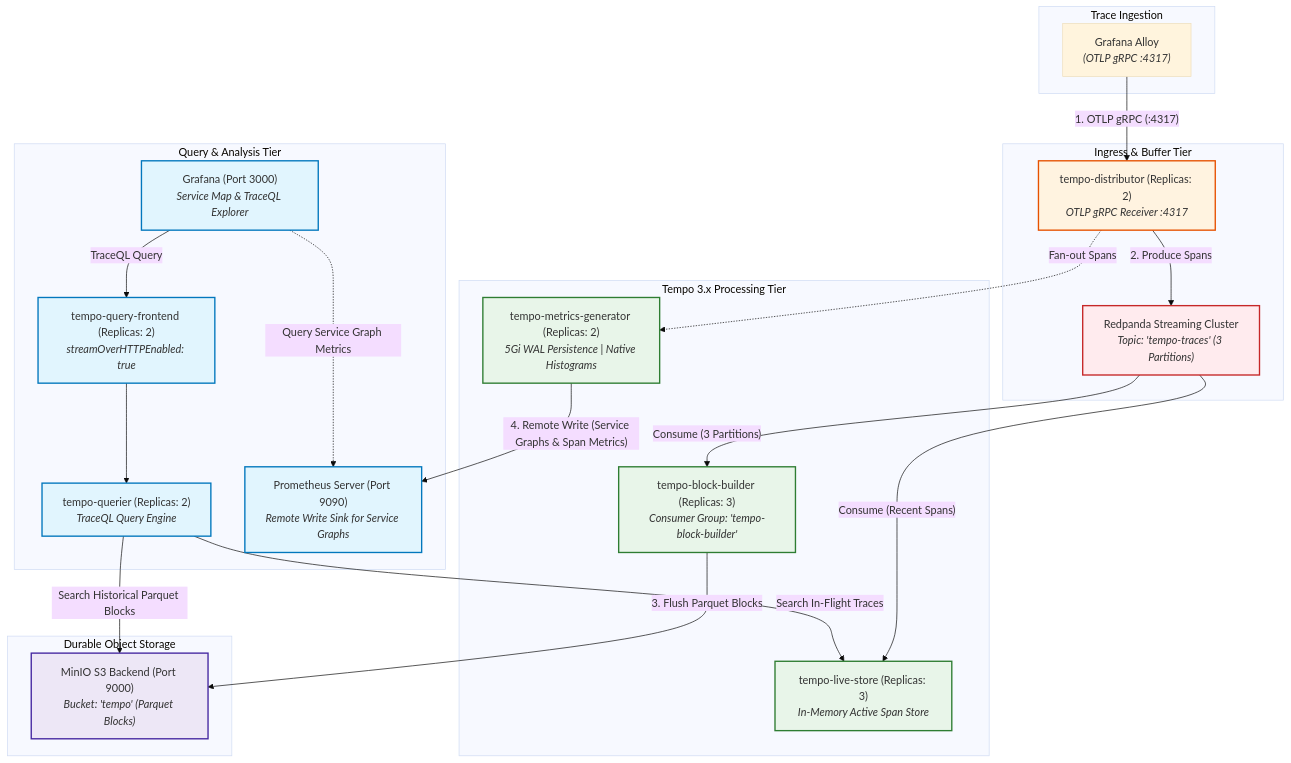
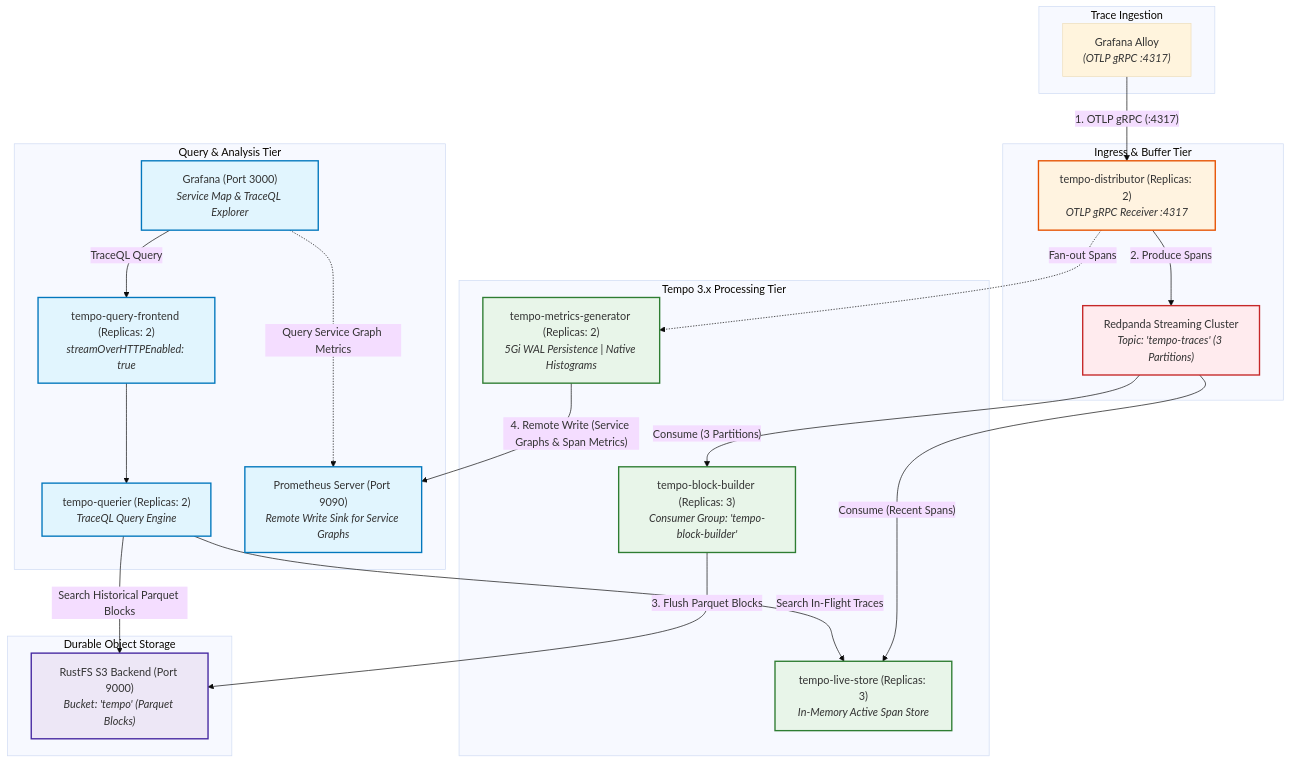
One commit to bwgjoseph/spring-boot-lgtm changed the diagram in ADR/tempo.md. Above: the diagram before and after it, drawn with Mermaid (base theme). The commit also changed other lines of this file and 8 other files, not shown here.

Commit message:
docs: align documentation and verification scripts with RustFS S3 backend and latest Helm chart versions

````diff
--- a/ADR/tempo.md
+++ b/ADR/tempo.md
@@ -20,60 +20,60 @@
 ```mermaid
 flowchart TD
     subgraph IngestionSource ["Trace Ingestion"]
         ALLOY["Grafana Alloy<br/><i>(OTLP gRPC :4317)</i>"]
     end
 
     subgraph TempoIngress ["Ingress & Buffer Tier"]
         DISTRIBUTOR["tempo-distributor (Replicas: 2)<br/><i>OTLP gRPC Receiver :4317</i>"]
         REDPANDA["Redpanda Streaming Cluster<br/><i>Topic: 'tempo-traces' (3 Partitions)</i>"]
     end
 
     subgraph TempoProcessors ["Tempo 3.x Processing Tier"]
         BLOCK_BUILDER["tempo-block-builder (Replicas: 3)<br/><i>Consumer Group: 'tempo-block-builder'</i>"]
         LIVE_STORE["tempo-live-store (Replicas: 3)<br/><i>In-Memory Active Span Store</i>"]
         METRICS_GEN["tempo-metrics-generator (Replicas: 2)<br/><i>5Gi WAL Persistence | Native Histograms</i>"]
     end
 
     subgraph StorageTier ["Durable Object Storage"]
-        MINIO["MinIO S3 Backend (Port 9000)<br/><i>Bucket: 'tempo' (Parquet Blocks)</i>"]
+        RUSTFS["RustFS S3 Backend (Port 9000)<br/><i>Bucket: 'tempo' (Parquet Blocks)</i>"]
     end
 
     subgraph QueryTier ["Query & Analysis Tier"]
         QF["tempo-query-frontend (Replicas: 2)<br/><i>streamOverHTTPEnabled: true</i>"]
         QUERIER["tempo-querier (Replicas: 2)<br/><i>TraceQL Query Engine</i>"]
         PROM["Prometheus Server (Port 9090)<br/><i>Remote Write Sink for Service Graphs</i>"]
         GRAFANA["Grafana (Port 3000)<br/><i>Service Map & TraceQL Explorer</i>"]
     end
 
     %% Ingest Flow
     ALLOY -->|"1. OTLP gRPC (:4317)"| DISTRIBUTOR
     DISTRIBUTOR -->|"2. Produce Spans"| REDPANDA
 
     %% Streaming Ingestion to Storage & Live Store
     REDPANDA -->|"Consume (3 Partitions)"| BLOCK_BUILDER
     REDPANDA -->|"Consume (Recent Spans)"| LIVE_STORE
-    BLOCK_BUILDER -->|"3. Flush Parquet Blocks"| MINIO
+    BLOCK_BUILDER -->|"3. Flush Parquet Blocks"| RUSTFS
 
     %% Metrics Generation
     DISTRIBUTOR -.->|"Fan-out Spans"| METRICS_GEN
     METRICS_GEN -->|"4. Remote Write (Service Graphs & Span Metrics)"| PROM
 
     %% Query Flow
     GRAFANA -->|"TraceQL Query"| QF
     QF --> QUERIER
     QUERIER -->|"Search In-Flight Traces"| LIVE_STORE
-    QUERIER -->|"Search Historical Parquet Blocks"| MINIO
+    QUERIER -->|"Search Historical Parquet Blocks"| RUSTFS
     GRAFANA -.->|"Query Service Graph Metrics"| PROM
 
     classDef ingress fill:#fff3e0,stroke:#e65100,stroke-width:2px;
     classDef buffer fill:#ffebee,stroke:#c62828,stroke-width:2px;
     classDef proc fill:#e8f5e9,stroke:#2e7d32,stroke-width:2px;
     classDef storage fill:#ede7f6,stroke:#4527a0,stroke-width:2px;
     classDef query fill:#e1f5fe,stroke:#0277bd,stroke-width:2px;
 
     class DISTRIBUTOR ingress;
     class REDPANDA buffer;
     class BLOCK_BUILDER,LIVE_STORE,METRICS_GEN proc;
-    class MINIO storage;
+    class RUSTFS storage;
     class QF,QUERIER,PROM,GRAFANA query;
 ```
````
